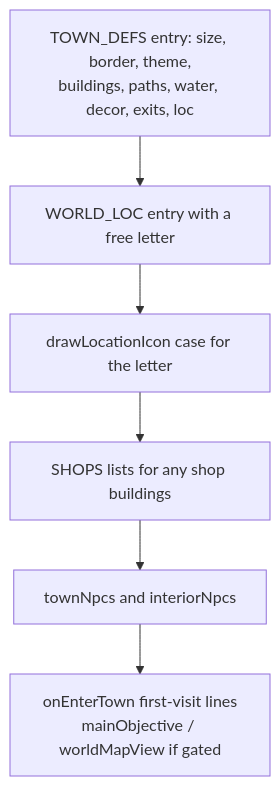
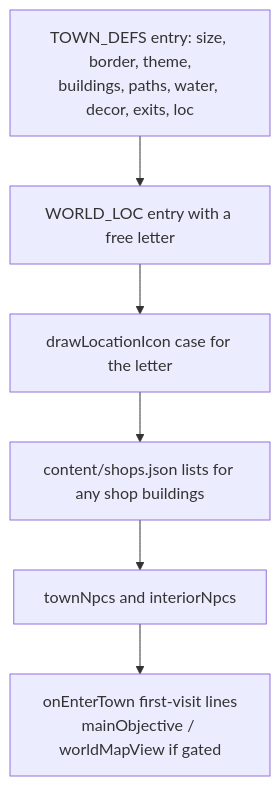
One commit to CptNope/Laternfall changed the third of 4 diagrams in docs/MODDING.md. Above: the diagram before and after it, drawn with Mermaid. The commit also changed other lines of this file and 25 other files, not shown here.

First line of the commit message:
2.0 part 1 (EN-1): items, monsters, shops and encounters as JSON content

````diff
--- a/docs/MODDING.md
+++ b/docs/MODDING.md
@@ -317,8 +314,8 @@
 ```mermaid
 flowchart TD
     T1[TOWN_DEFS entry: size, border, theme,<br/>buildings, paths, water, decor, exits, loc] --> T2[WORLD_LOC entry with a free letter]
     T2 --> T3[drawLocationIcon case for the letter]
-    T3 --> T4[SHOPS lists for any shop buildings]
+    T3 --> T4[content/shops.json lists for any shop buildings]
     T4 --> T5[townNpcs and interiorNpcs]
     T5 --> T6[onEnterTown first-visit lines<br/>mainObjective / worldMapView if gated]
 ```
````
